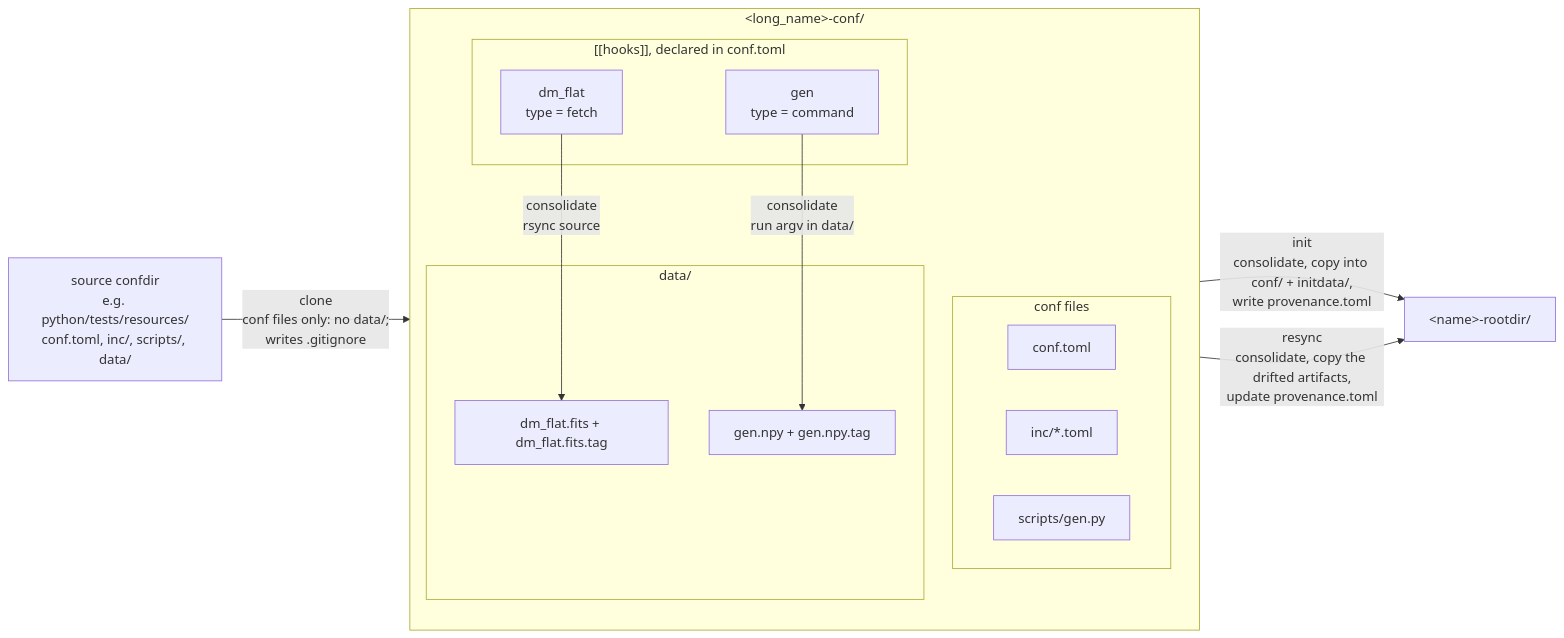
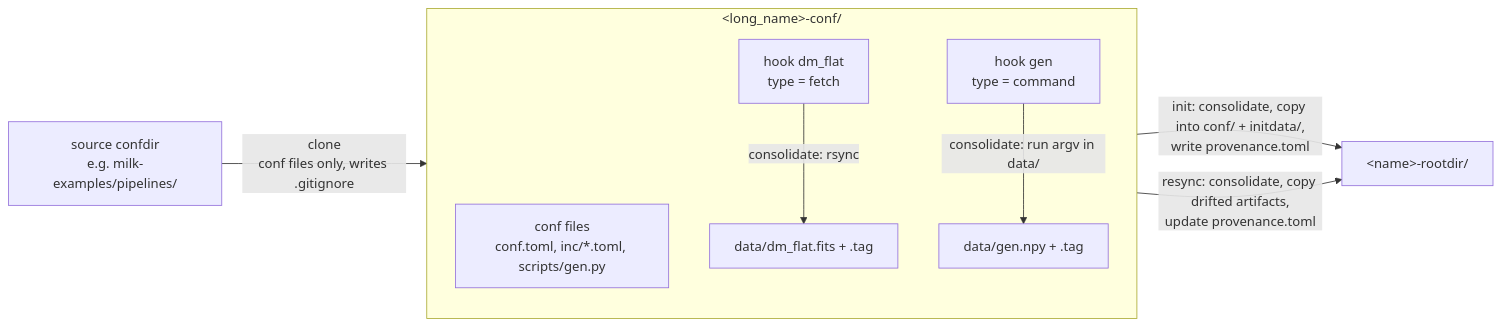
Before and after one commit to milk-org/milk: the diagram in docs/guide/pipelines_provision.md, drawn with Mermaid. The commit also changed other lines of this file and 11 other files, not shown here.

````diff
--- a/docs/guide/pipelines_provision.md
+++ b/docs/guide/pipelines_provision.md
@@ -12,25 +138,17 @@
 ```mermaid
 flowchart LR
-    EX["source confdir<br/>e.g. python/tests/resources/<br/>conf.toml, inc/, scripts/, data/"]
-    EX -- "clone<br/>conf files only: no data/;<br/>writes .gitignore" --> CD
+    EX["source confdir<br/>e.g. milk-examples/pipelines/"]
+    EX -- "clone<br/>conf files only, writes .gitignore" --> CD
     subgraph CD ["&lt;long_name&gt;-conf/"]
         direction TB
-        subgraph CF ["conf files"]
-            T["conf.toml"]
-            I["inc/*.toml"]
-            S["scripts/gen.py"]
-        end
-        subgraph HK ["[[hooks]], declared in conf.toml"]
-            H1["dm_flat<br/>type = fetch"]
-            H2["gen<br/>type = command"]
-        end
-        subgraph DT ["data/"]
-            P1["dm_flat.fits + dm_flat.fits.tag"]
-            P2["gen.npy + gen.npy.tag"]
-        end
-        H1 -- "consolidate<br/>rsync source" --> P1
-        H2 -- "consolidate<br/>run argv in data/" --> P2
+        CF["conf files<br/>conf.toml, inc/*.toml, scripts/gen.py"]
+        H1["hook dm_flat<br/>type = fetch"]
+        H2["hook gen<br/>type = command"]
+        P1["data/dm_flat.fits + .tag"]
+        P2["data/gen.npy + .tag"]
+        H1 -- "consolidate: rsync" --> P1
+        H2 -- "consolidate: run argv in data/" --> P2
     end
-    CD -- "init<br/>consolidate, copy into conf/ + initdata/,<br/>write provenance.toml" --> RD["&lt;name&gt;-rootdir/"]
-    CD -- "resync<br/>consolidate, copy the drifted artifacts,<br/>update provenance.toml" --> RD
+    CD -- "init: consolidate, copy into conf/ + initdata/,<br/>write provenance.toml" --> RD["&lt;name&gt;-rootdir/"]
+    CD -- "resync: consolidate, copy drifted artifacts,<br/>update provenance.toml" --> RD
 ```
````
